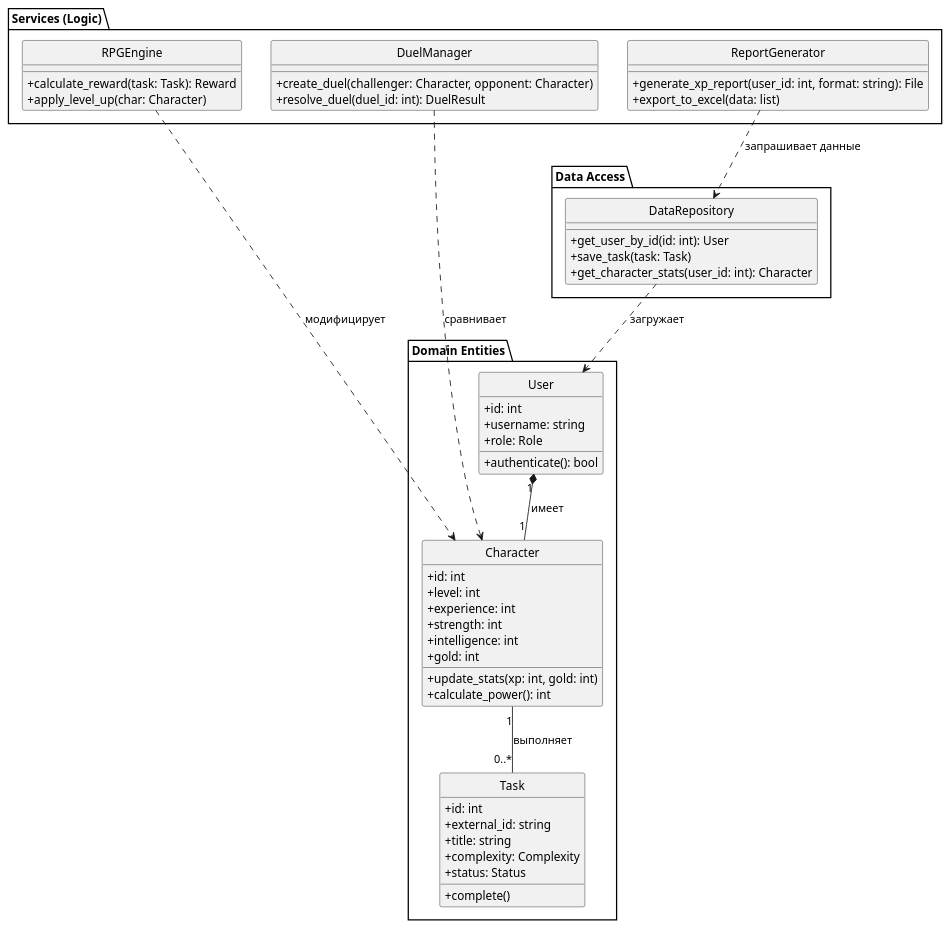
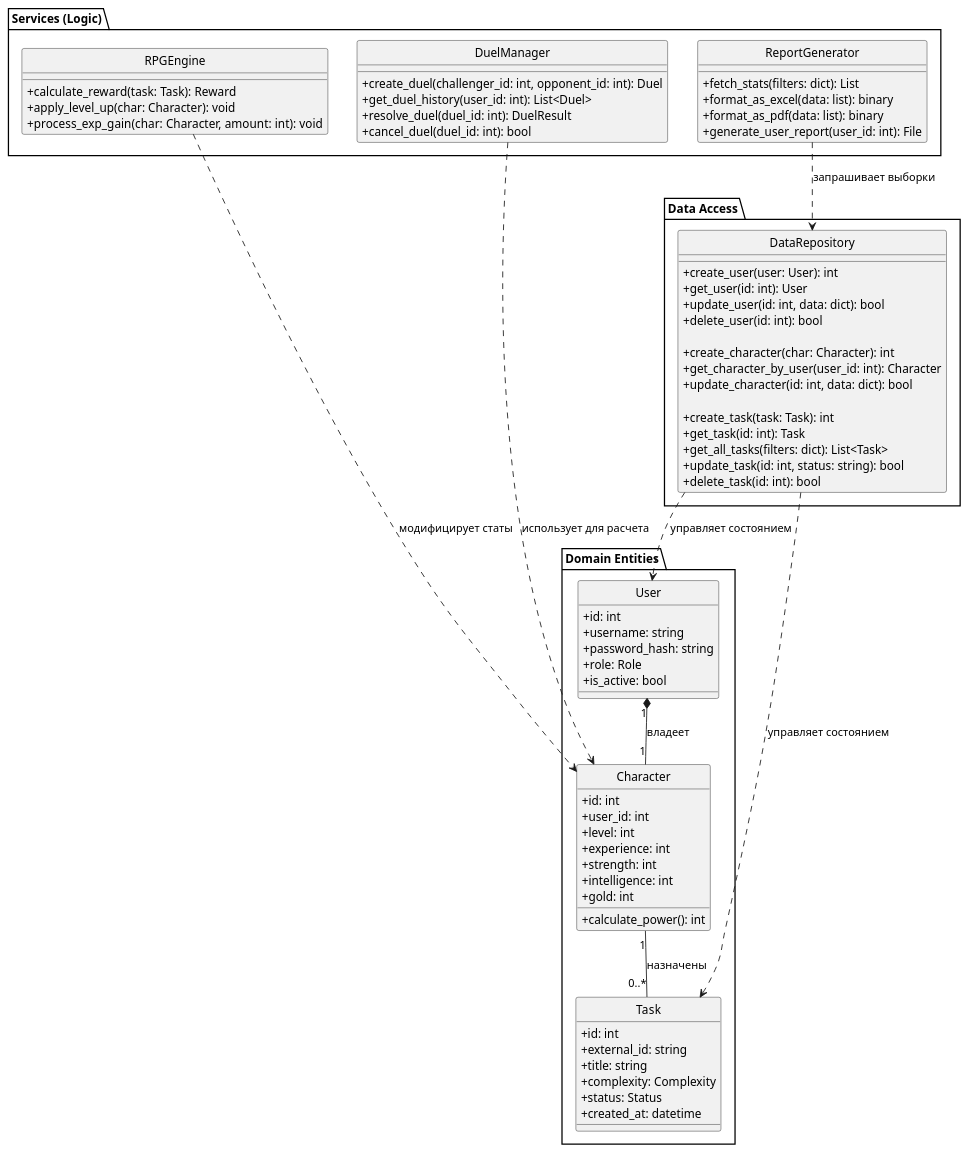
Before and after one commit to Qweyke/corp-game-system-devquest: the diagram in class.plantuml, drawn with PlantUML. The commit also changed 5 other files, not shown here.

```diff
--- a/class.plantuml
+++ b/class.plantuml
@@ -1,67 +1,87 @@
 @startuml
 skinparam style strictuml
 skinparam classAttributeIconSize 0
 
 package "Domain Entities" {
     class User {
         + id: int
         + username: string
+        + password_hash: string
         + role: Role
-        + authenticate(): bool
+        + is_active: bool
     }
 
     class Character {
         + id: int
+        + user_id: int
         + level: int
         + experience: int
         + strength: int
         + intelligence: int
         + gold: int
-        + update_stats(xp: int, gold: int)
         + calculate_power(): int
     }
 
     class Task {
         + id: int
         + external_id: string
         + title: string
         + complexity: Complexity
         + status: Status
-        + complete()
+        + created_at: datetime
     }
 }
 
 package "Services (Logic)" {
     class RPGEngine {
         + calculate_reward(task: Task): Reward
-        + apply_level_up(char: Character)
+        + apply_level_up(char: Character): void
+        + process_exp_gain(char: Character, amount: int): void
     }
 
     class DuelManager {
-        + create_duel(challenger: Character, opponent: Character)
+        + create_duel(challenger_id: int, opponent_id: int): Duel
+        + get_duel_history(user_id: int): List<Duel>
         + resolve_duel(duel_id: int): DuelResult
+        + cancel_duel(duel_id: int): bool
     }
 
     class ReportGenerator {
-        + generate_xp_report(user_id: int, format: string): File
-        + export_to_excel(data: list)
+        + fetch_stats(filters: dict): List
+        + format_as_excel(data: list): binary
+        + format_as_pdf(data: list): binary
+        + generate_user_report(user_id: int): File
     }
 }
 
 package "Data Access" {
     class DataRepository {
-        + get_user_by_id(id: int): User
-        + save_task(task: Task)
-        + get_character_stats(user_id: int): Character
+        ' CRUD для User
+        + create_user(user: User): int
+        + get_user(id: int): User
+        + update_user(id: int, data: dict): bool
+        + delete_user(id: int): bool
+        
+        ' CRUD для Character
+        + create_character(char: Character): int
+        + get_character_by_user(user_id: int): Character
+        + update_character(id: int, data: dict): bool
+        
+        ' CRUD для Task
+        + create_task(task: Task): int
+        + get_task(id: int): Task
+        + get_all_tasks(filters: dict): List<Task>
+        + update_task(id: int, status: string): bool
+        + delete_task(id: int): bool
     }
 }
 
 ' Связи
-User "1" *-- "1" Character : имеет
-Character "1" -- "0..*" Task : выполняет
-RPGEngine ..> Character : модифицирует
-DuelManager ..> Character : сравнивает
-ReportGenerator ..> DataRepository : запрашивает данные
-DataRepository ..> User : загружает
-
+User "1" *-- "1" Character : владеет
+Character "1" -- "0..*" Task : назначены
+RPGEngine ..> Character : модифицирует статы
+DuelManager ..> Character : использует для расчета
+ReportGenerator ..> DataRepository : запрашивает выборки
+DataRepository ..> User : управляет состоянием
+DataRepository ..> Task : управляет состоянием
 @enduml
```
